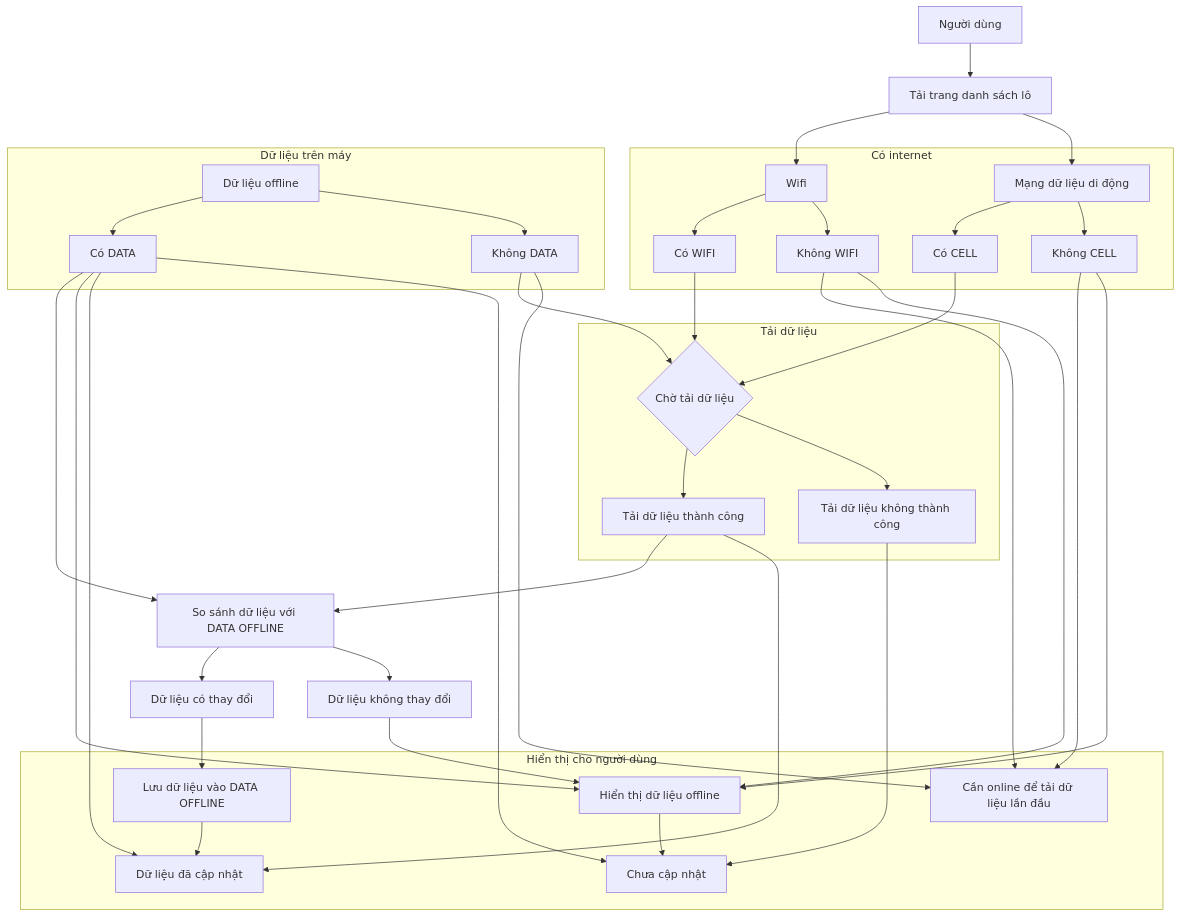
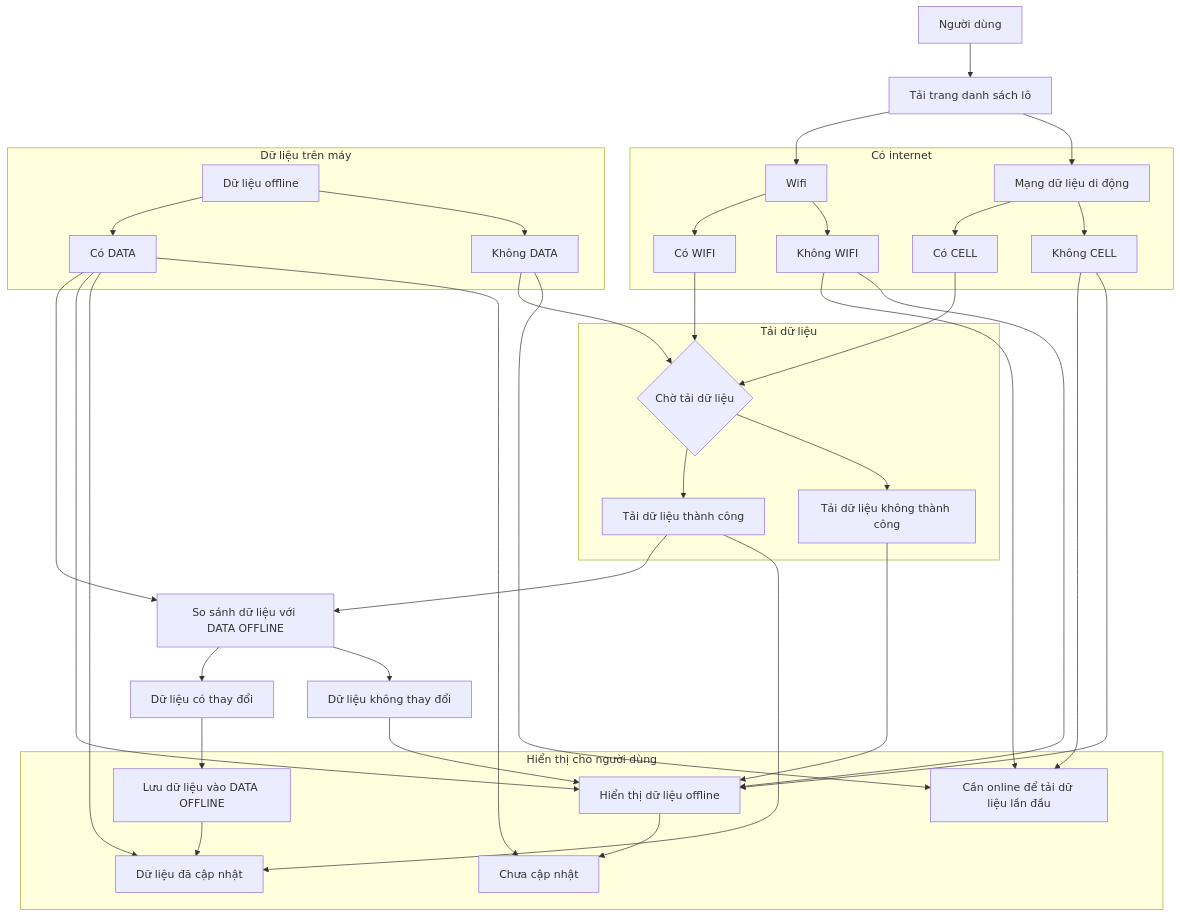
One commit to trethanhphat/tre-thanh-phat-pwa-docs changed the diagram in docs/batches-flow.md. Above: the diagram before and after it, drawn with Mermaid.

````diff
--- a/docs/batches-flow.md
+++ b/docs/batches-flow.md
@@ -87,6 +87,7 @@
     WIFI-N --> OFFLINE
     CELL-N --> OFFLINE
     DATA-Y --> OFFLINE
+    FETCH-N --> OFFLINE
 
 SUCCESS["Dữ liệu đã cập nhật"]
     DATA-Y --> SUCCESS
@@ -95,7 +96,7 @@
 
 FAIL["Chưa cập nhật"]
     DATA-Y --> FAIL
-    FETCH-N --> FAIL
+
     OFFLINE --> FAIL
 end
 ```
````
